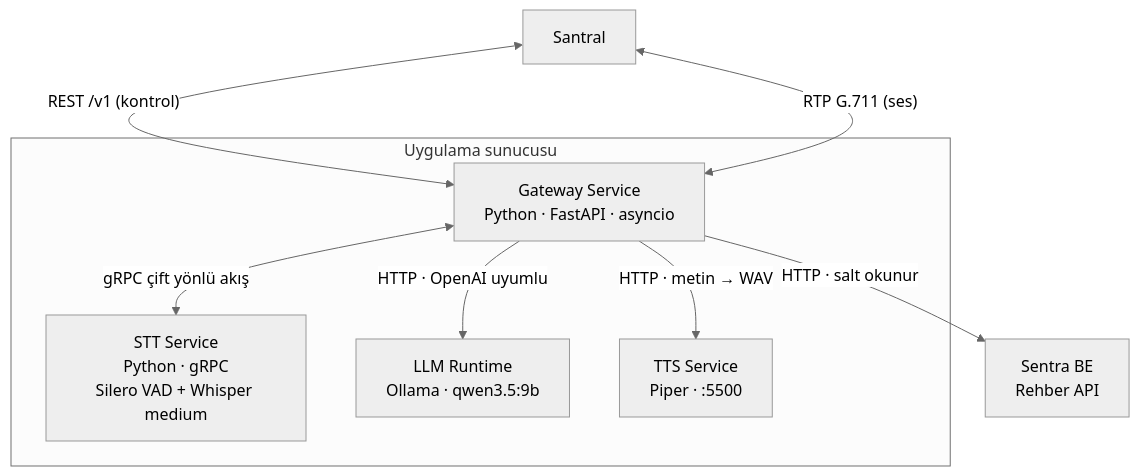
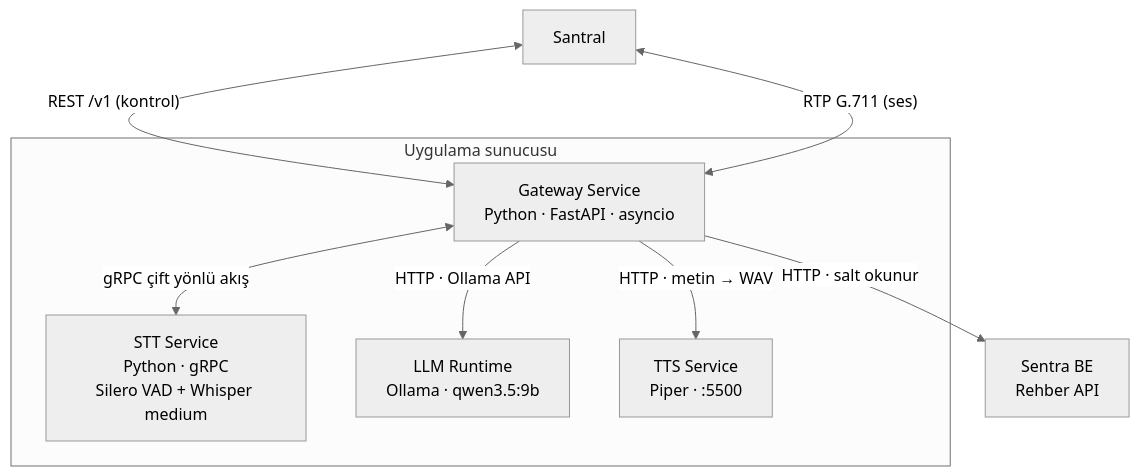
The second of 10 diagrams in docs/tasarim.md (Tugbacevikk/sesli-asistan-gateway), drawn with Mermaid (neutral theme) before and after one commit. The commit also changed other lines of this file and 26 other files, not shown here.

````diff
--- a/docs/tasarim.md
+++ b/docs/tasarim.md
@@ -197,20 +198,20 @@
 ```mermaid
 flowchart TB
     pbx[Santral]
 
     subgraph host[Uygulama sunucusu]
         gw[Gateway Service<br/>Python · FastAPI · asyncio]
         stt[STT Service<br/>Python · gRPC<br/>Silero VAD + Whisper medium]
         llm[LLM Runtime<br/>Ollama · qwen3.5:9b]
         tts[TTS Service<br/>Piper · :5500]
     end
 
     sentra[Sentra BE<br/>Rehber API]
 
     pbx <-- "REST /v1 (kontrol)" --> gw
     pbx <-- "RTP G.711 (ses)" --> gw
     gw <-- "gRPC çift yönlü akış" --> stt
-    gw -- "HTTP · OpenAI uyumlu" --> llm
+    gw -- "HTTP · Ollama API" --> llm
     gw -- "HTTP · metin → WAV" --> tts
     gw -- "HTTP · salt okunur" --> sentra
 ```
````
